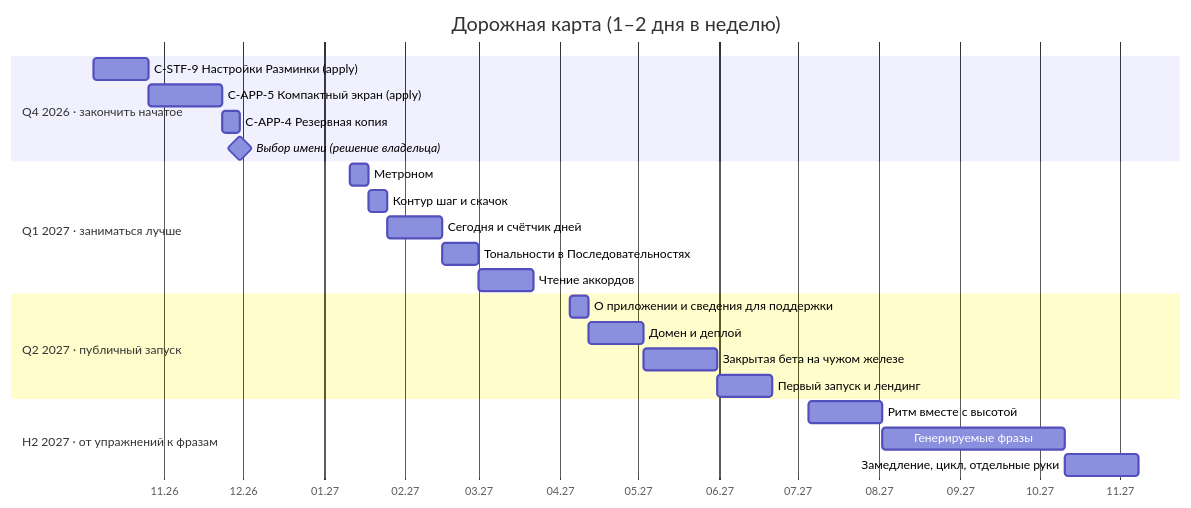
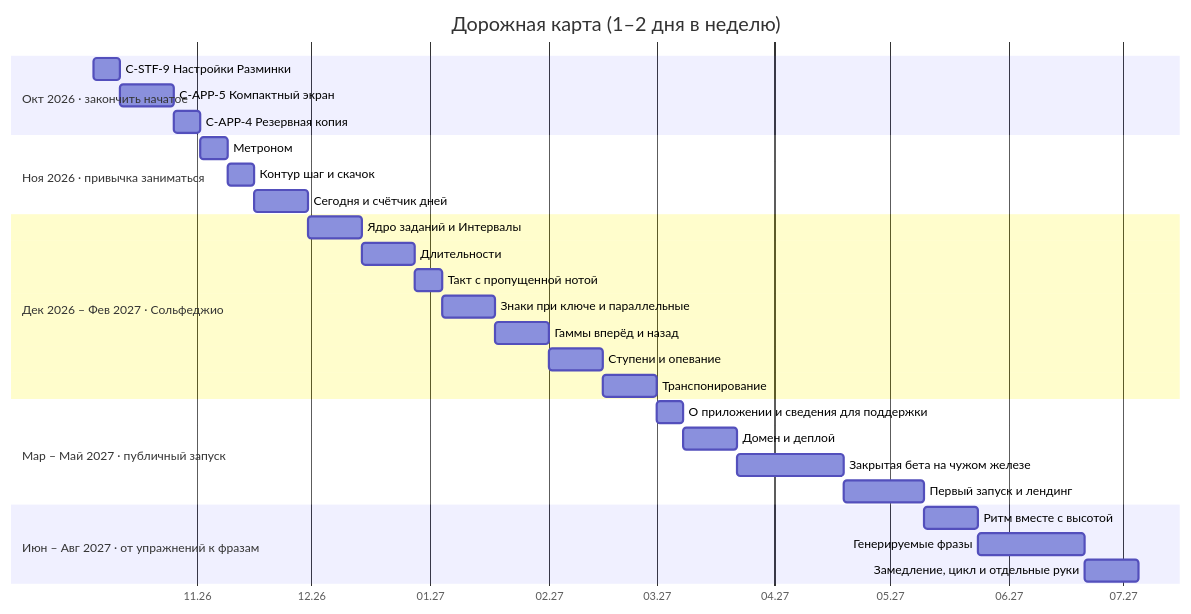
Before and after one commit to ekulaev/piaono_app: the second of 3 diagrams in PSD/Дорожная карта.md, drawn with Mermaid. The commit also changed other lines of this file, not shown here.

First line of the commit message:
Дорожная карта ред. 2: сольфеджио (M-SOL), описание фич, калибровка сроков по факту

````diff
--- a/PSD/Дорожная карта.md
+++ b/PSD/Дорожная карта.md
@@ -109,26 +157,31 @@
 ```mermaid
 gantt
     title Дорожная карта (1–2 дня в неделю)
     dateFormat YYYY-MM-DD
     axisFormat %m.%y
-    section Q4 2026 · закончить начатое
-    C-STF-9 Настройки Разминки (apply)      :a1, 2026-10-05, 3w
-    C-APP-5 Компактный экран (apply)        :a2, after a1, 4w
+    section Окт 2026 · закончить начатое
+    C-STF-9 Настройки Разминки              :a1, 2026-10-05, 1w
+    C-APP-5 Компактный экран                :a2, after a1, 2w
     C-APP-4 Резервная копия                 :a3, after a2, 1w
-    Выбор имени (решение владельца)         :milestone, m1, 2026-11-30, 0d
-    section Q1 2027 · заниматься лучше
-    Метроном                                :b1, 2027-01-11, 1w
+    section Ноя 2026 · привычка заниматься
+    Метроном                                :b1, after a3, 1w
     Контур шаг и скачок                     :b2, after b1, 1w
-    Сегодня и счётчик дней                  :b3, after b2, 3w
-    Тональности в Последовательностях       :b4, after b3, 2w
-    Чтение аккордов                         :b5, after b4, 3w
-    section Q2 2027 · публичный запуск
-    О приложении и сведения для поддержки   :c1, 2027-04-05, 1w
-    Домен и деплой                          :c2, after c1, 3w
-    Закрытая бета на чужом железе           :c3, after c2, 4w
-    Первый запуск и лендинг                 :c4, after c3, 3w
-    section H2 2027 · от упражнений к фразам
-    Ритм вместе с высотой                   :d1, 2027-07-05, 4w
-    Генерируемые фразы                      :d2, after d1, 10w
-    Замедление, цикл, отдельные руки        :d3, after d2, 4w
+    Сегодня и счётчик дней                  :b3, after b2, 2w
+    section Дек 2026 – Фев 2027 · Сольфеджио
+    Ядро заданий и Интервалы                :c1, after b3, 2w
+    Длительности                            :c2, after c1, 2w
+    Такт с пропущенной нотой                :c3, after c2, 1w
+    Знаки при ключе и параллельные          :c4, after c3, 2w
+    Гаммы вперёд и назад                    :c5, after c4, 2w
+    Ступени и опевание                      :c6, after c5, 2w
+    Транспонирование                        :c7, after c6, 2w
+    section Мар – Май 2027 · публичный запуск
+    О приложении и сведения для поддержки   :d1, after c7, 1w
+    Домен и деплой                          :d2, after d1, 2w
+    Закрытая бета на чужом железе           :d3, after d2, 4w
+    Первый запуск и лендинг                 :d4, after d3, 3w
+    section Июн – Авг 2027 · от упражнений к фразам
+    Ритм вместе с высотой                   :e1, after d4, 2w
+    Генерируемые фразы                      :e2, after e1, 4w
+    Замедление, цикл и отдельные руки       :e3, after e2, 2w
 ```
````
